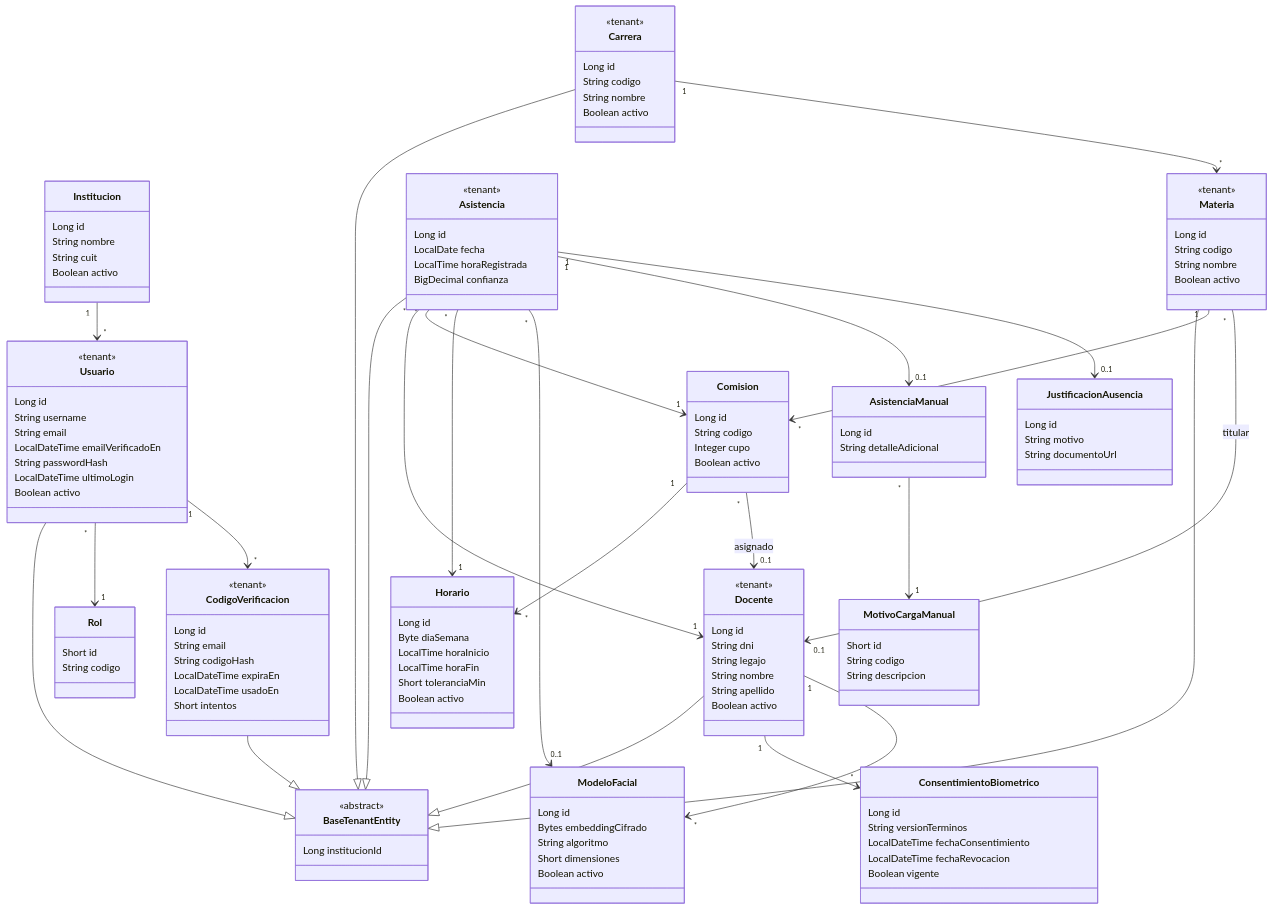
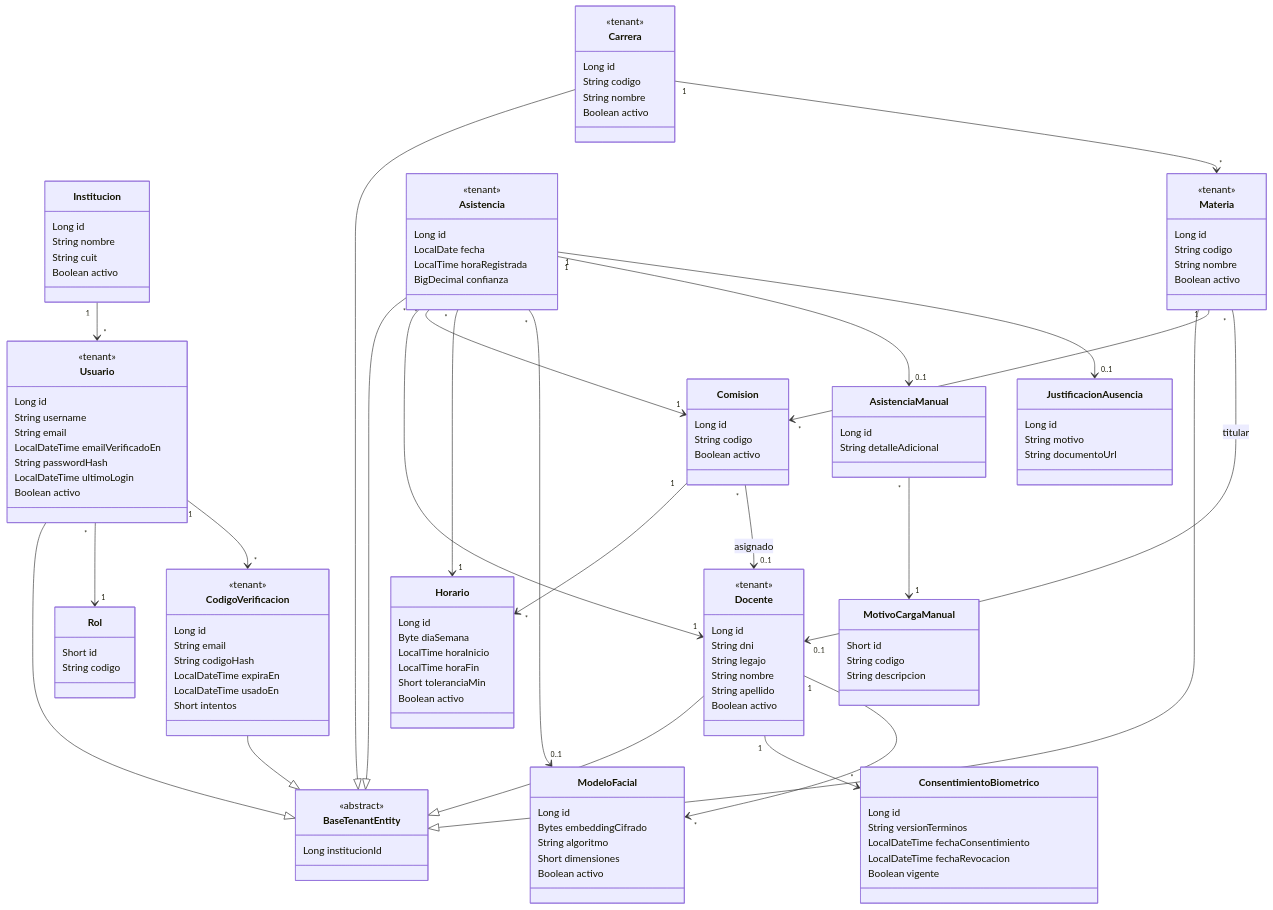
The first of 3 diagrams in docs/5-diagramas/diagramas.md (fran-q/asistencias-docente), drawn with Mermaid before and after one commit. The commit also changed 5 other files, not shown here.

```diff
--- a/docs/5-diagramas/diagramas.md
+++ b/docs/5-diagramas/diagramas.md
@@ -66,7 +66,6 @@
     class Comision {
         Long id
         String codigo
-        Integer cupo
         Boolean activo
     }
     class Horario {
```
